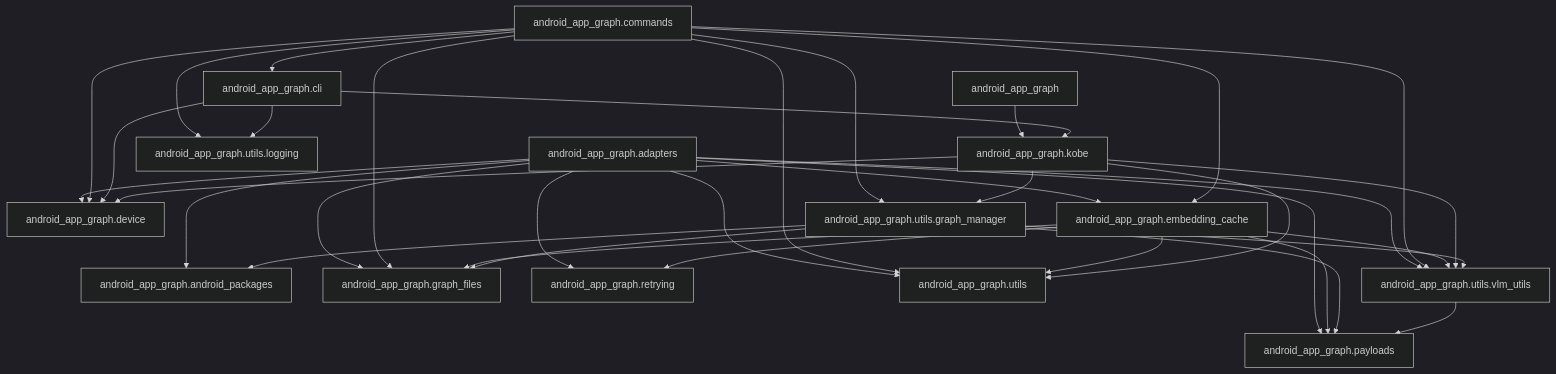
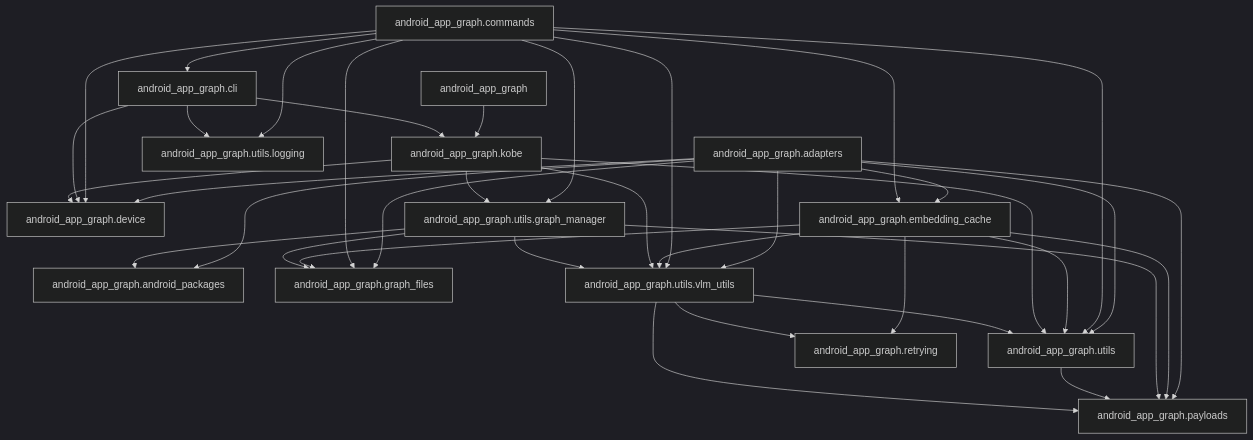
Before and after one commit to john-agi/Android-App-Graph: the diagram in README.md, drawn with Mermaid (dark theme). The commit also changed other lines of this file and 32 other files, not shown here.

````diff
--- a/README.md
+++ b/README.md
@@ -67,37 +67,39 @@
 ```mermaid
 graph TD;
     pkg["android_app_graph"] --> kobe["android_app_graph.kobe"];
     adapters["android_app_graph.adapters"] --> pkgs["android_app_graph.android_packages"];
     adapters --> dev["android_app_graph.device"];
     adapters --> ec["android_app_graph.embedding_cache"];
     adapters --> gf["android_app_graph.graph_files"];
     adapters --> pay["android_app_graph.payloads"];
-    adapters --> retry["android_app_graph.retrying"];
     adapters --> utils["android_app_graph.utils"];
     adapters --> vlm["android_app_graph.utils.vlm_utils"];
     cmd["android_app_graph.commands"] --> cli["android_app_graph.cli"];
     cmd --> dev;
     cmd --> ec;
     cmd --> gf;
     cmd --> utils;
     cmd --> gm["android_app_graph.utils.graph_manager"];
     cmd --> logging["android_app_graph.utils.logging"];
     cmd --> vlm;
     cli --> dev;
     cli --> kobe;
     cli --> logging;
     ec --> gf;
     ec --> pay;
-    ec --> retry;
+    ec --> retry["android_app_graph.retrying"];
     ec --> utils;
     ec --> vlm;
     kobe --> dev;
     kobe --> utils;
     kobe --> gm;
     kobe --> vlm;
     gm --> pkgs;
     gm --> gf;
     gm --> pay;
     gm --> vlm;
+    utils --> pay;
     vlm --> pay;
+    vlm --> retry;
+    vlm --> utils;
 ```
````
